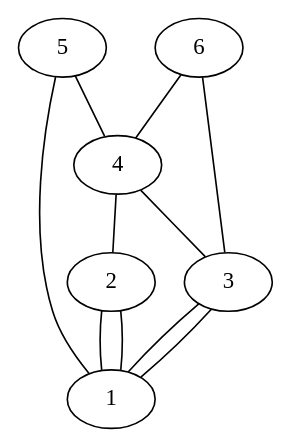
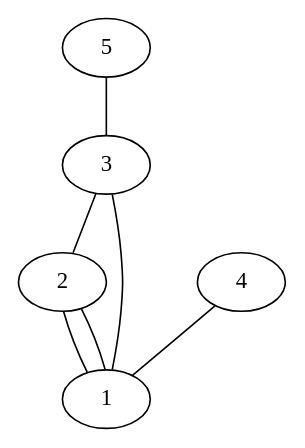
The diagram in config/graph2.dot (felixble/htw-ava-ws16-rumor), drawn with Graphviz before and after one commit. The commit also changed 4 other files, not shown here.

```diff
--- a/config/graph2.dot
+++ b/config/graph2.dot
@@ -1,12 +1,8 @@
 graph G {
 2 -- 1;
 3 -- 1;
-4 -- 2;
-5 -- 4;
-6 -- 3;
+4 -- 1;
+5 -- 3;
 2 -- 1;
-3 -- 1;
-4 -- 3;
-5 -- 1;
-6 -- 4;
+3 -- 2;
 }
```
